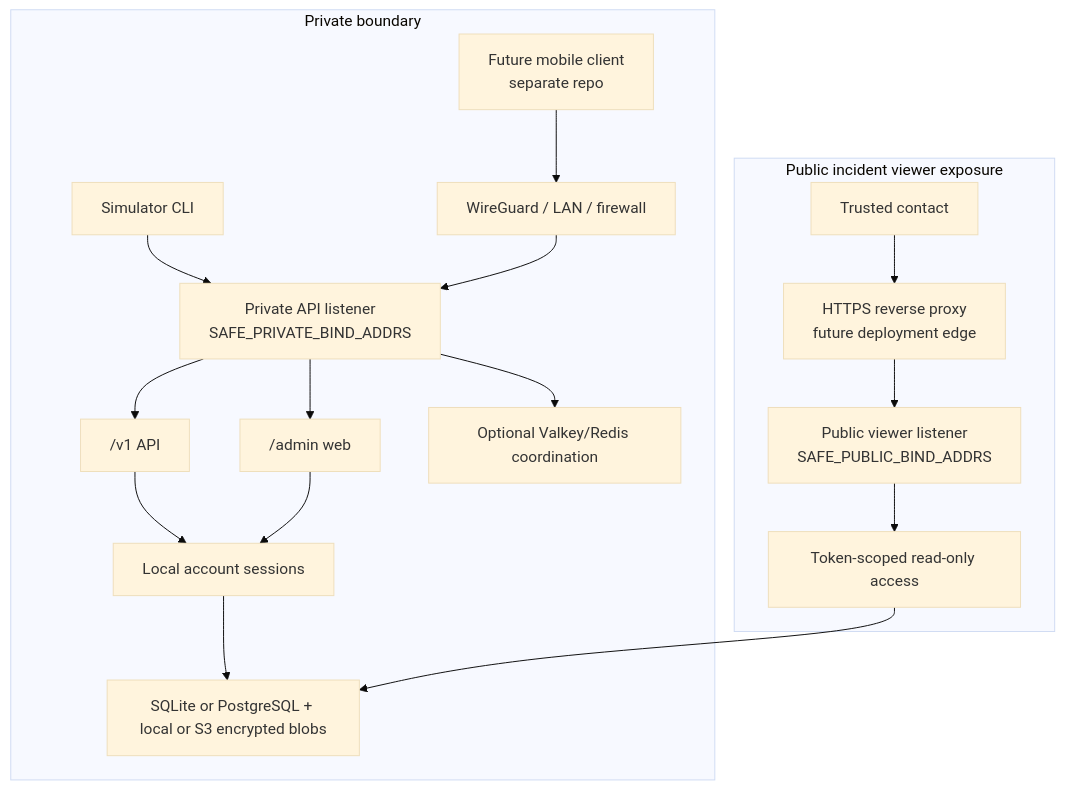
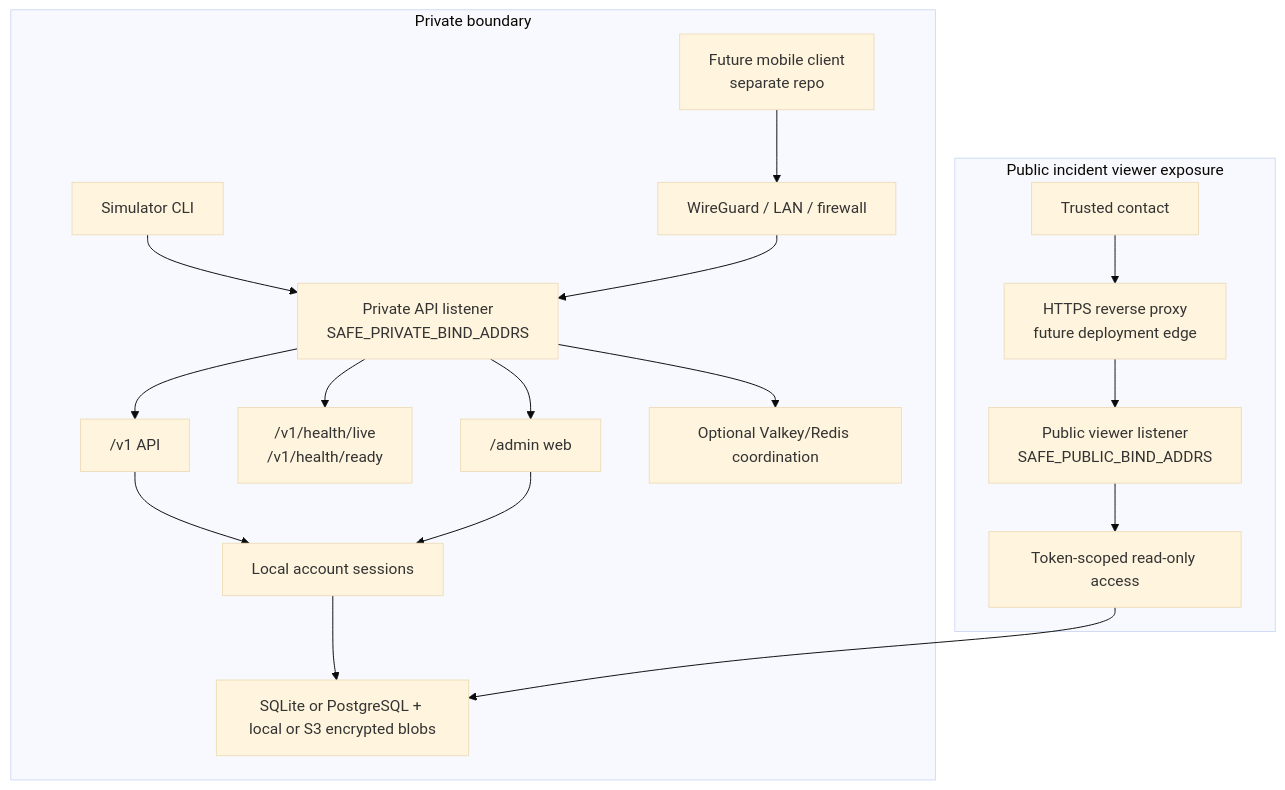
The second of 4 diagrams in docs/architecture.md (open-proofline/server), drawn with Mermaid (base theme) before and after one commit. The commit also changed other lines of this file and 26 other files, not shown here.

Commit message:
Add private health and readiness checks

````diff
--- a/docs/architecture.md
+++ b/docs/architecture.md
@@ -78,21 +79,22 @@
 ```mermaid
 flowchart TB
     subgraph PrivateNetwork["Private boundary"]
         FuturePhone["Future mobile client<br/>separate repo"] --> WireGuard["WireGuard / LAN / firewall"]
         Simulator["Simulator CLI"] --> PrivateListener["Private API listener<br/>SAFE_PRIVATE_BIND_ADDRS"]
         WireGuard --> PrivateListener
         PrivateListener --> V1["/v1 API"]
+        PrivateListener --> Health["/v1/health/live<br/>/v1/health/ready"]
         PrivateListener --> AdminWeb["/admin web"]
         V1 --> Auth["Local account sessions"]
         AdminWeb --> Auth
         Auth --> Storage["SQLite or PostgreSQL + local or S3 encrypted blobs"]
         PrivateListener --> Coordination["Optional Valkey/Redis coordination"]
     end
 
     subgraph PublicEdge["Public incident viewer exposure"]
         TrustedContact["Trusted contact"] --> HTTPS["HTTPS reverse proxy<br/>future deployment edge"]
         HTTPS --> PublicListener["Public viewer listener<br/>SAFE_PUBLIC_BIND_ADDRS"]
         PublicListener --> ReadOnly["Token-scoped read-only access"]
         ReadOnly --> Storage
     end
 ```
````
